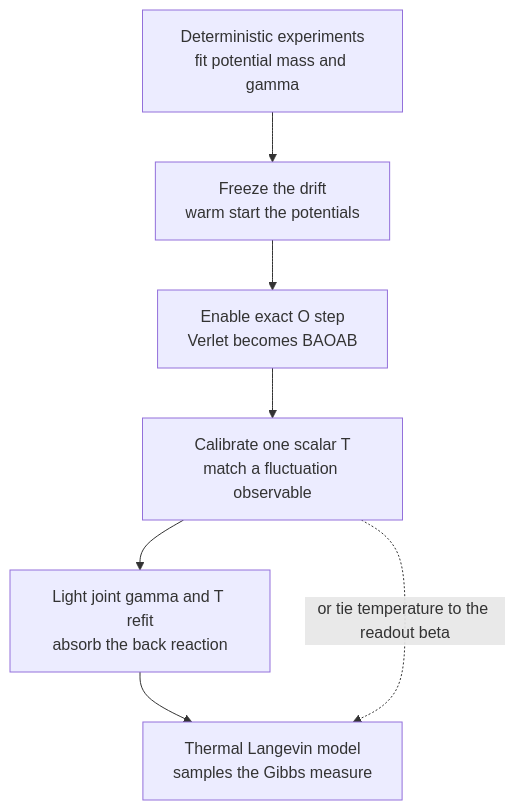
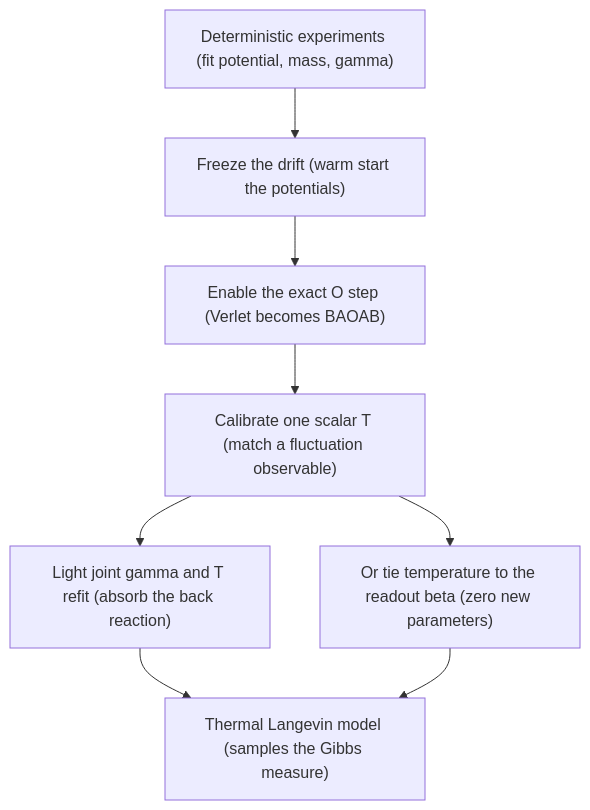
Before and after one commit to dimitarpg13/semsimula-paper: the second of 3 diagrams in companion_notes/Langevin_dynamics_reformulation_of_classical_damped_Lagrangian_flow.md, drawn with Mermaid. The commit also changed other lines of this file, not shown here.

Commit message:
update Langevin dynamics with Fock-PARFLM reformulation

````diff
--- a/companion_notes/Langevin_dynamics_reformulation_of_classical_damped_Lagrangian_flow.md
+++ b/companion_notes/Langevin_dynamics_reformulation_of_classical_damped_Lagrangian_flow.md
@@ -282,16 +280,17 @@
 ```mermaid
 flowchart TB
-    EXP["Deterministic experiments<br>fit potential mass and gamma"]
-    FREEZE["Freeze the drift<br>warm start the potentials"]
-    OSTEP["Enable exact O step<br>Verlet becomes BAOAB"]
-    CALT["Calibrate one scalar T<br>match a fluctuation observable"]
-    REFIT["Light joint gamma and T refit<br>absorb the back reaction"]
-    DONE["Thermal Langevin model<br>samples the Gibbs measure"]
-
+    EXP["Deterministic experiments (fit potential, mass, gamma)"]
+    FREEZE["Freeze the drift (warm start the potentials)"]
+    OSTEP["Enable the exact O step (Verlet becomes BAOAB)"]
+    CALT["Calibrate one scalar T (match a fluctuation observable)"]
+    TIE["Or tie temperature to the readout beta (zero new parameters)"]
+    REFIT["Light joint gamma and T refit (absorb the back reaction)"]
+    DONE["Thermal Langevin model (samples the Gibbs measure)"]
     EXP --> FREEZE
     FREEZE --> OSTEP
     OSTEP --> CALT
     CALT --> REFIT
     REFIT --> DONE
-    CALT -.->|or tie temperature to the readout beta| DONE
+    CALT --> TIE
+    TIE --> DONE
 ```
````
